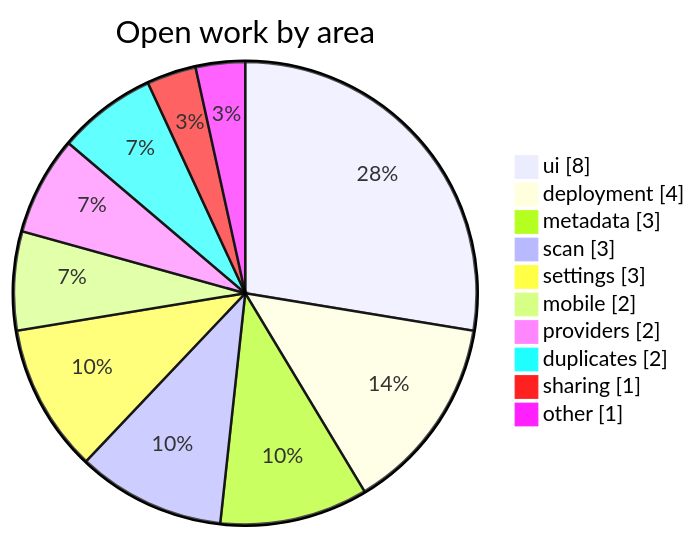
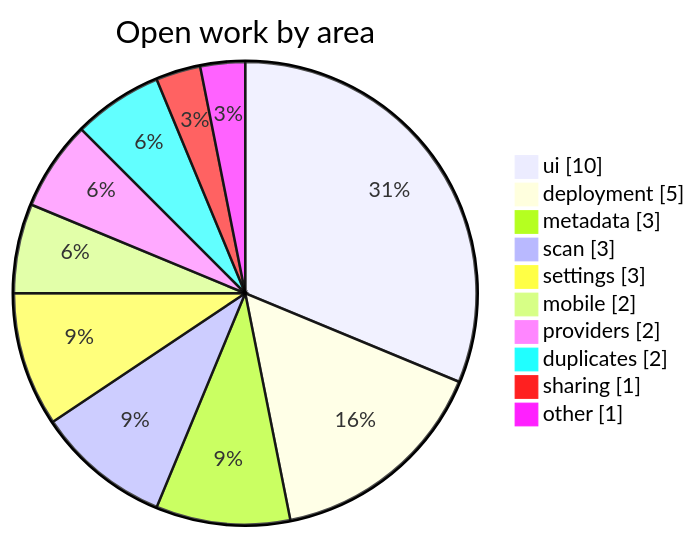
Before and after one commit to silkyclouds/pmda-tracker: the third of 3 diagrams in README.md, drawn with Mermaid. The commit also changed other lines of this file, not shown here.

````diff
--- a/README.md
+++ b/README.md
@@ -32,13 +32,13 @@
 ```mermaid
 pie showData title Open work by area
-    "ui" : 8
-    "deployment" : 4
+    "ui" : 10
+    "deployment" : 5
     "metadata" : 3
     "scan" : 3
     "settings" : 3
     "mobile" : 2
     "providers" : 2
     "duplicates" : 2
     "sharing" : 1
     "other" : 1
 ```
````
